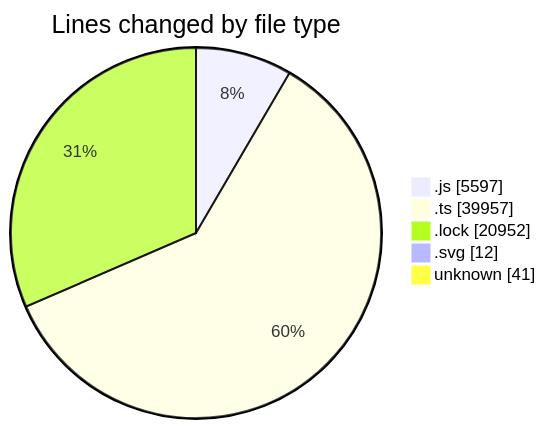
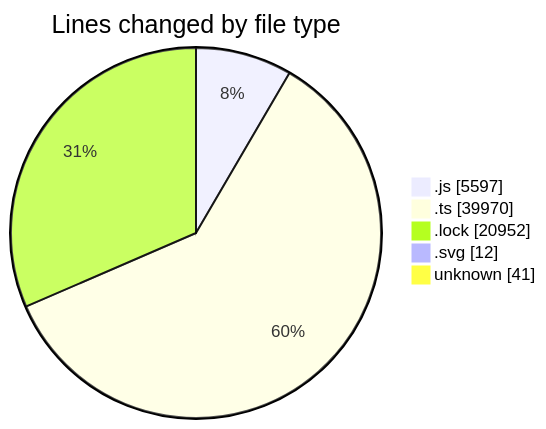
The first of 2 diagrams in 2025-08-12/cda/README.md (momahboobian/code-tracking), drawn with Mermaid before and after one commit. The commit also changed other lines of this file and 1 other file, not shown here.

````diff
--- a/2025-08-12/cda/README.md
+++ b/2025-08-12/cda/README.md
@@ -44,9 +44,9 @@
 ```mermaid
 pie showData
 title Lines changed by file type
 ".js" : 5597
-".ts" : 39957
+".ts" : 39970
 ".lock" : 20952
 ".svg" : 12
 "unknown" : 41
 ```
````
